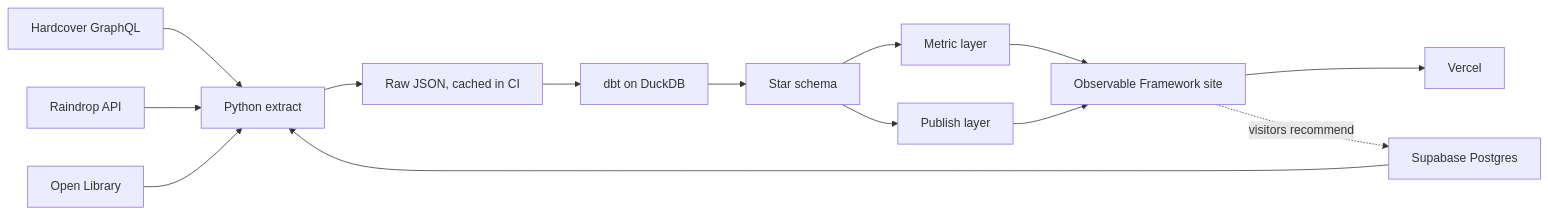
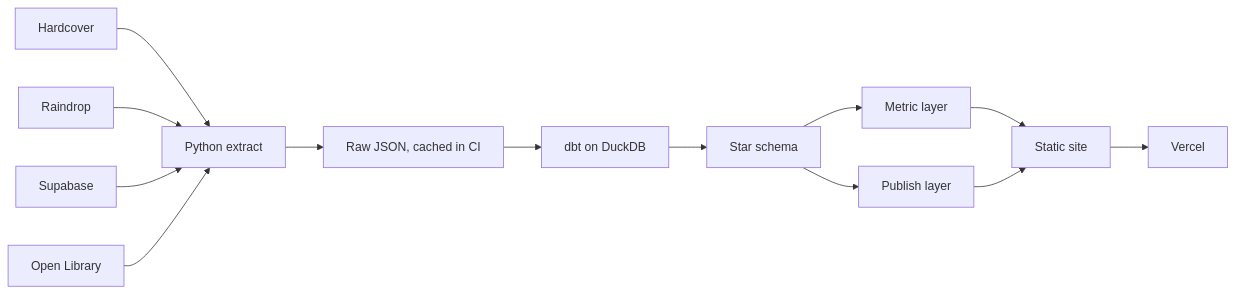
Before and after one commit to surbhi-bhor/reading-library: the diagram in docs/case-study.md, drawn with Mermaid. The commit also changed other lines of this file and 4 other files, not shown here.

First line of the commit message:
fix: larger UI text, readable chart tooltips in light mode, no dates on articles; case study results

````diff
--- a/docs/case-study.md
+++ b/docs/case-study.md
@@ -52,16 +21,15 @@
 ```mermaid
 flowchart LR
-  HC[Hardcover GraphQL] --> EX[Python extract]
-  RD[Raindrop API] --> EX
-  SB[Supabase Postgres] --> EX
+  HC[Hardcover] --> EX[Python extract]
+  RD[Raindrop] --> EX
+  SB[Supabase] --> EX
   OL[Open Library] --> EX
   EX --> RAW[Raw JSON, cached in CI]
   RAW --> DBT[dbt on DuckDB]
   DBT --> MARTS[Star schema]
   MARTS --> MET[Metric layer]
   MARTS --> PUB[Publish layer]
-  MET --> SITE[Observable Framework site]
+  MET --> SITE[Static site]
   PUB --> SITE
-  SITE --> GP[Vercel]
-  SITE -. visitors recommend .-> SB
+  SITE --> V[Vercel]
 ```
````
